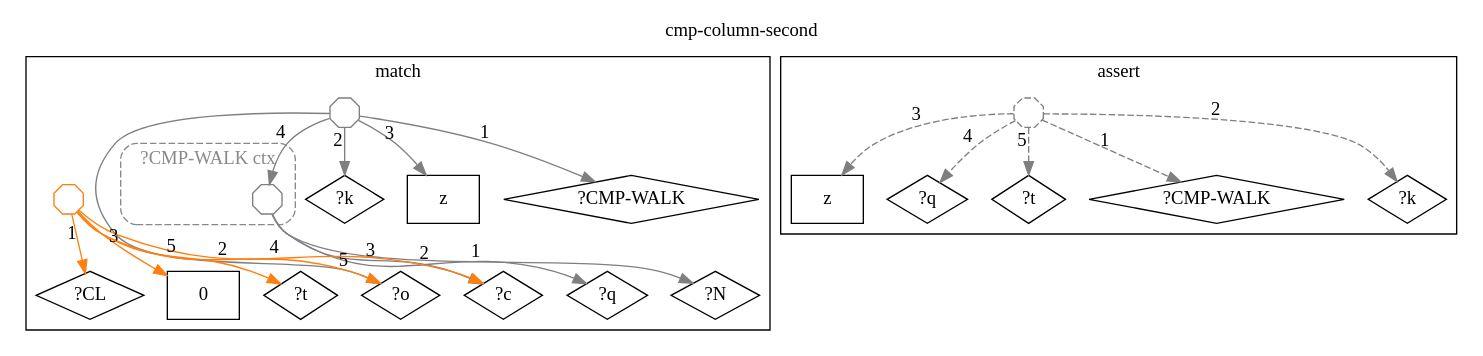
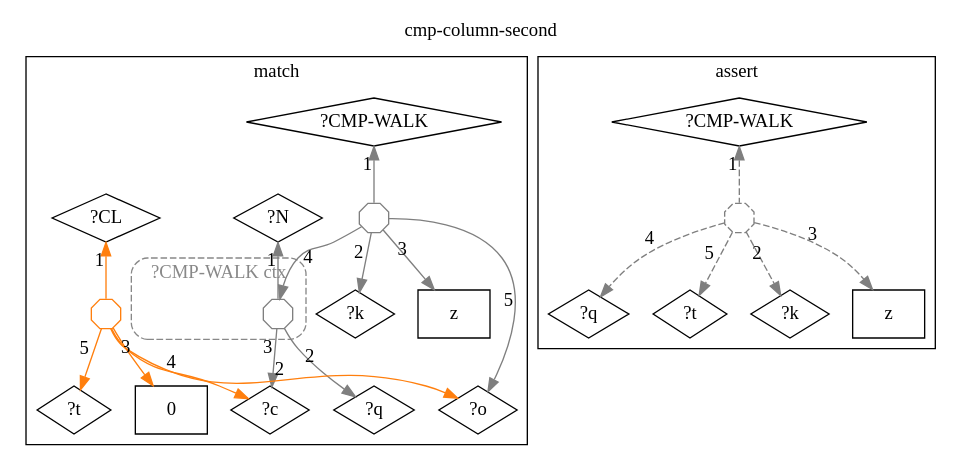
Before and after one commit to agutikov/ein: the diagram in docs/ein/user/04-reference/04-stdlib/diagrams/10-std.math.positional.cmp-column-second.dot, drawn with Graphviz. The commit also changed 1275 other files, not shown here.

```diff
--- a/docs/ein/user/04-reference/04-stdlib/diagrams/10-std.math.positional.cmp-column-second.dot
+++ b/docs/ein/user/04-reference/04-stdlib/diagrams/10-std.math.positional.cmp-column-second.dot
@@ -1,48 +1,48 @@
 digraph rule_cmp_column_second_lhs_rhs {
   rankdir=TB;
   label="cmp-column-second"; labelloc=t;
   subgraph cluster_lhs { label="match";
     "?CMP-WALK_L" [label="?CMP-WALK", shape=diamond];
     "?k_L" [label="?k", shape=diamond];
     "z_L" [label="z", shape=box];
     "?N_L" [label="?N", shape=diamond];
     "?q_L" [label="?q", shape=diamond];
     "?c_L" [label="?c", shape=diamond];
     "?o_L" [label="?o", shape=diamond];
     "?CL_L" [label="?CL", shape=diamond];
     "0_L" [label="0", shape=box];
     "?t_L" [label="?t", shape=diamond];
     subgraph cluster_ctx_L_0 {
       label="?CMP-WALK ctx"; style="dashed,rounded"; color="#888888"; fontcolor="#888888";
       "(?N ?q ?c)_L" [shape=octagon, label="", width=0.3, height=0.3, fixedsize=true, color="#7f7f7f"];
     }
     "h1_CMP-WALK_L" [shape=octagon, label="", width=0.3, height=0.3, fixedsize=true, color="#7f7f7f"];
-    "h1_CMP-WALK_L" -> "?CMP-WALK_L" [xlabel="1", color="#7f7f7f"];
+    "?CMP-WALK_L" -> "h1_CMP-WALK_L" [xlabel="1", dir=back, color="#7f7f7f"];
     "h1_CMP-WALK_L" -> "?k_L" [xlabel="2", color="#7f7f7f"];
     "h1_CMP-WALK_L" -> "z_L" [xlabel="3", color="#7f7f7f"];
     "h1_CMP-WALK_L" -> "(?N ?q ?c)_L" [xlabel="4", color="#7f7f7f"];
     "h1_CMP-WALK_L" -> "?o_L" [xlabel="5", color="#7f7f7f"];
     "h2_CL_L" [shape=octagon, label="", width=0.3, height=0.3, fixedsize=true, color="#ff7f0e"];
-    "h2_CL_L" -> "?CL_L" [xlabel="1", color="#ff7f0e"];
+    "?CL_L" -> "h2_CL_L" [xlabel="1", dir=back, color="#ff7f0e"];
     "h2_CL_L" -> "?o_L" [xlabel="2", color="#ff7f0e"];
     "h2_CL_L" -> "0_L" [xlabel="3", color="#ff7f0e"];
     "h2_CL_L" -> "?c_L" [xlabel="4", color="#ff7f0e"];
     "h2_CL_L" -> "?t_L" [xlabel="5", color="#ff7f0e"];
-    "(?N ?q ?c)_L" -> "?N_L" [xlabel="1", color="#7f7f7f"];
+    "?N_L" -> "(?N ?q ?c)_L" [xlabel="1", dir=back, color="#7f7f7f"];
     "(?N ?q ?c)_L" -> "?q_L" [xlabel="2", color="#7f7f7f"];
     "(?N ?q ?c)_L" -> "?c_L" [xlabel="3", color="#7f7f7f"];
   }
   subgraph cluster_rhs { label="assert";
     "?CMP-WALK_R" [label="?CMP-WALK", shape=diamond];
     "?k_R" [label="?k", shape=diamond];
     "z_R" [label="z", shape=box];
     "?q_R" [label="?q", shape=diamond];
     "?t_R" [label="?t", shape=diamond];
     "h3_CMP-WALK_R" [shape=octagon, label="", width=0.3, height=0.3, fixedsize=true, color="#7f7f7f", style=dashed];
-    "h3_CMP-WALK_R" -> "?CMP-WALK_R" [xlabel="1", color="#7f7f7f", style=dashed];
+    "?CMP-WALK_R" -> "h3_CMP-WALK_R" [xlabel="1", dir=back, color="#7f7f7f", style=dashed];
     "h3_CMP-WALK_R" -> "?k_R" [xlabel="2", color="#7f7f7f", style=dashed];
     "h3_CMP-WALK_R" -> "z_R" [xlabel="3", color="#7f7f7f", style=dashed];
     "h3_CMP-WALK_R" -> "?q_R" [xlabel="4", color="#7f7f7f", style=dashed];
     "h3_CMP-WALK_R" -> "?t_R" [xlabel="5", color="#7f7f7f", style=dashed];
   }
 }
```
